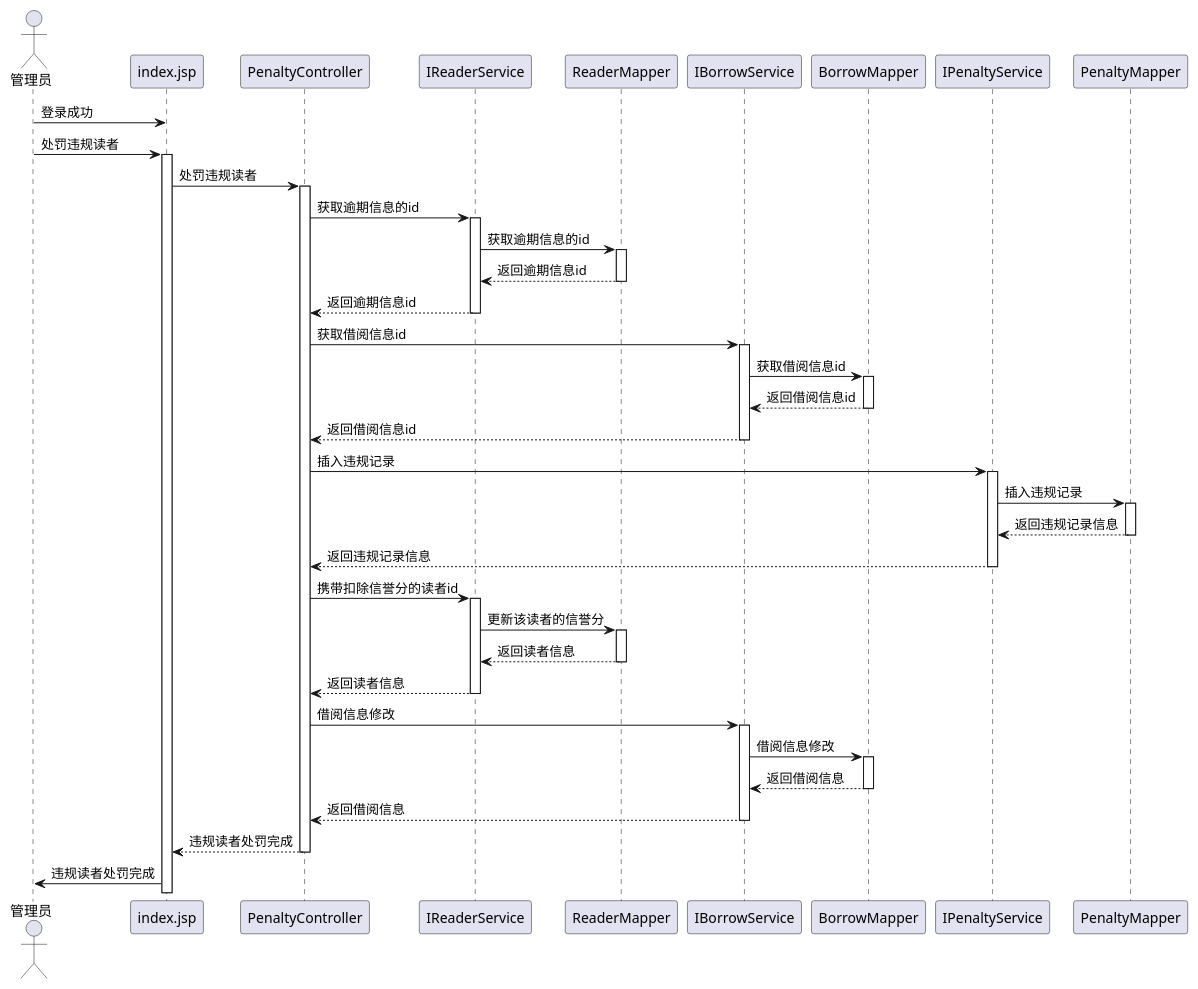
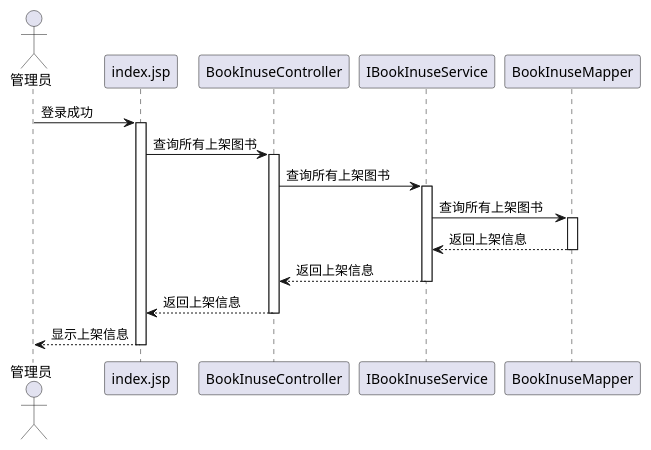
Before and after one commit to jinmingyong/Library: the diagram in LibraryMS_01/src/main/java/com/controller/bookInuse.puml, drawn with PlantUML. The commit also changed 15 other files, not shown here.

```diff
--- a/LibraryMS_01/src/main/java/com/controller/bookInuse.puml
+++ b/LibraryMS_01/src/main/java/com/controller/bookInuse.puml
@@ -1,64 +1,25 @@
 @startuml
 actor 管理员
 participant index.jsp
-participant PenaltyController
-participant IReaderService
-participant ReaderMapper
-participant IBorrowService
-participant BorrowMapper
-
-participant IPenaltyService
-
-participant PenaltyMapper
-
+participant BookInuseController
+participant IBookInuseService
+participant BookInuseMapper
 
 管理员 -> index.jsp: 登录成功
-管理员 -> index.jsp: 处罚违规读者
 activate index.jsp
-index.jsp -> PenaltyController : 处罚违规读者
-activate PenaltyController
-PenaltyController -> IReaderService : 获取逾期信息的id
-activate IReaderService
-IReaderService -> ReaderMapper : 获取逾期信息的id
-activate ReaderMapper
-ReaderMapper --> IReaderService : 返回逾期信息id
-deactivate ReaderMapper
-IReaderService --> PenaltyController : 返回逾期信息id
-deactivate IReaderService
-PenaltyController -> IBorrowService : 获取借阅信息id
-activate IBorrowService
-IBorrowService -> BorrowMapper : 获取借阅信息id
-activate BorrowMapper
-BorrowMapper --> IBorrowService : 返回借阅信息id
-deactivate BorrowMapper
-IBorrowService --> PenaltyController : 返回借阅信息id
-deactivate IBorrowService
-PenaltyController -> IPenaltyService : 插入违规记录
-activate IPenaltyService
-IPenaltyService -> PenaltyMapper : 插入违规记录
-activate PenaltyMapper
-PenaltyMapper --> IPenaltyService :返回违规记录信息
-deactivate PenaltyMapper
-IPenaltyService --> PenaltyController : 返回违规记录信息
-deactivate IPenaltyService
-PenaltyController -> IReaderService : 携带扣除信誉分的读者id
-activate IReaderService
-IReaderService -> ReaderMapper : 更新该读者的信誉分
-activate ReaderMapper
-ReaderMapper --> IReaderService :返回读者信息
-deactivate ReaderMapper
-IReaderService --> PenaltyController : 返回读者信息
-deactivate IReaderService
-PenaltyController -> IBorrowService : 借阅信息修改
-activate IBorrowService
-IBorrowService -> BorrowMapper: 借阅信息修改
-activate BorrowMapper
-BorrowMapper --> IBorrowService : 返回借阅信息
-deactivate BorrowMapper
-IBorrowService --> PenaltyController :返回借阅信息
-deactivate IBorrowService
-PenaltyController-->index.jsp:违规读者处罚完成
-deactivate PenaltyController
-index.jsp -> 管理员 : 违规读者处罚完成
+index.jsp -> BookInuseController:查询所有上架图书
+activate BookInuseController
+BookInuseController -> IBookInuseService:查询所有上架图书
+activate IBookInuseService
+IBookInuseService -> BookInuseMapper:查询所有上架图书
+activate BookInuseMapper
+BookInuseMapper --> IBookInuseService:返回上架信息
+deactivate BookInuseMapper
+IBookInuseService --> BookInuseController:返回上架信息
+deactivate IBookInuseService
+BookInuseController --> index.jsp:返回上架信息
+deactivate BookInuseController
+index.jsp --> 管理员:显示上架信息
+deactivate index.jsp
 
 @enduml
```
